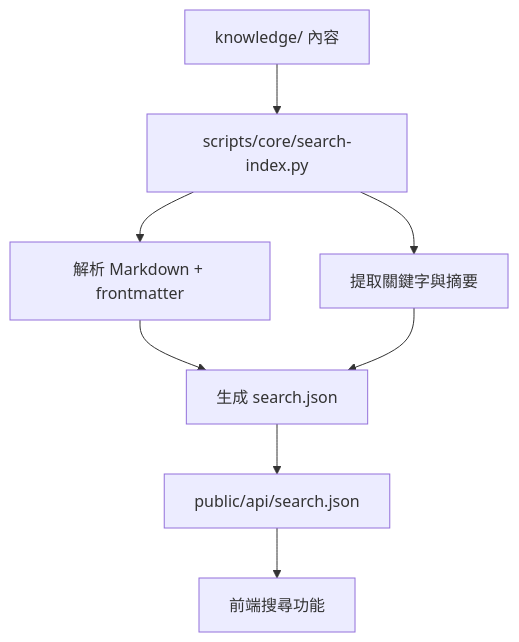
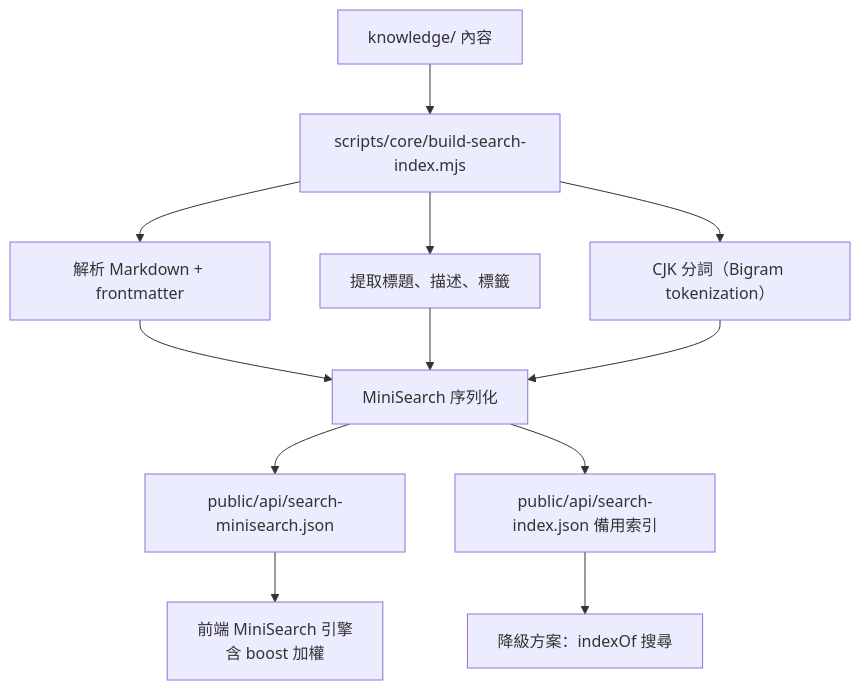
The second of 3 diagrams in docs/ARCHITECTURE.md (ahnchen1983/agrischlchiayi), drawn with Mermaid before and after one commit. The commit also changed other lines of this file and 1 other file, not shown here.

First line of the commit message:
docs: enhance ARCHITECTURE and DEVELOPER-GUIDE with search/graph optimization details

````diff
--- a/docs/ARCHITECTURE.md
+++ b/docs/ARCHITECTURE.md
@@ -103,10 +103,14 @@
 ```mermaid
 graph TD
-    A[knowledge/ 內容] --> B[scripts/core/search-index.py]
+    A[knowledge/ 內容] --> B[scripts/core/build-search-index.mjs]
     B --> C[解析 Markdown + frontmatter]
-    B --> D[提取關鍵字與摘要]
-    C --> E[生成 search.json]
-    D --> E
-    E --> F[public/api/search.json]
-    F --> G[前端搜尋功能]
+    B --> D[提取標題、描述、標籤]
+    B --> E[CJK 分詞（Bigram tokenization）]
+    C --> F[MiniSearch 序列化]
+    D --> F
+    E --> F
+    F --> G[public/api/search-minisearch.json]
+    F --> H[public/api/search-index.json 備用索引]
+    G --> I[前端 MiniSearch 引擎<br/>含 boost 加權]
+    H --> J[降級方案：indexOf 搜尋]
 ```
````
